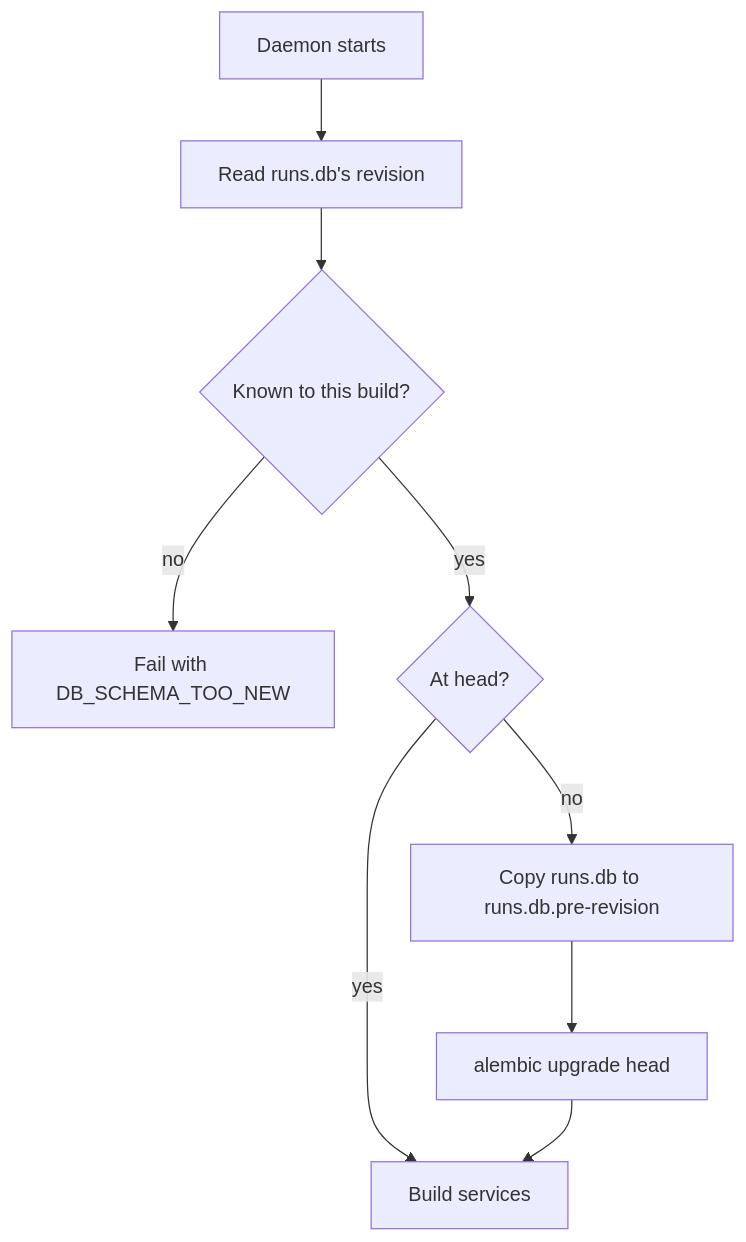
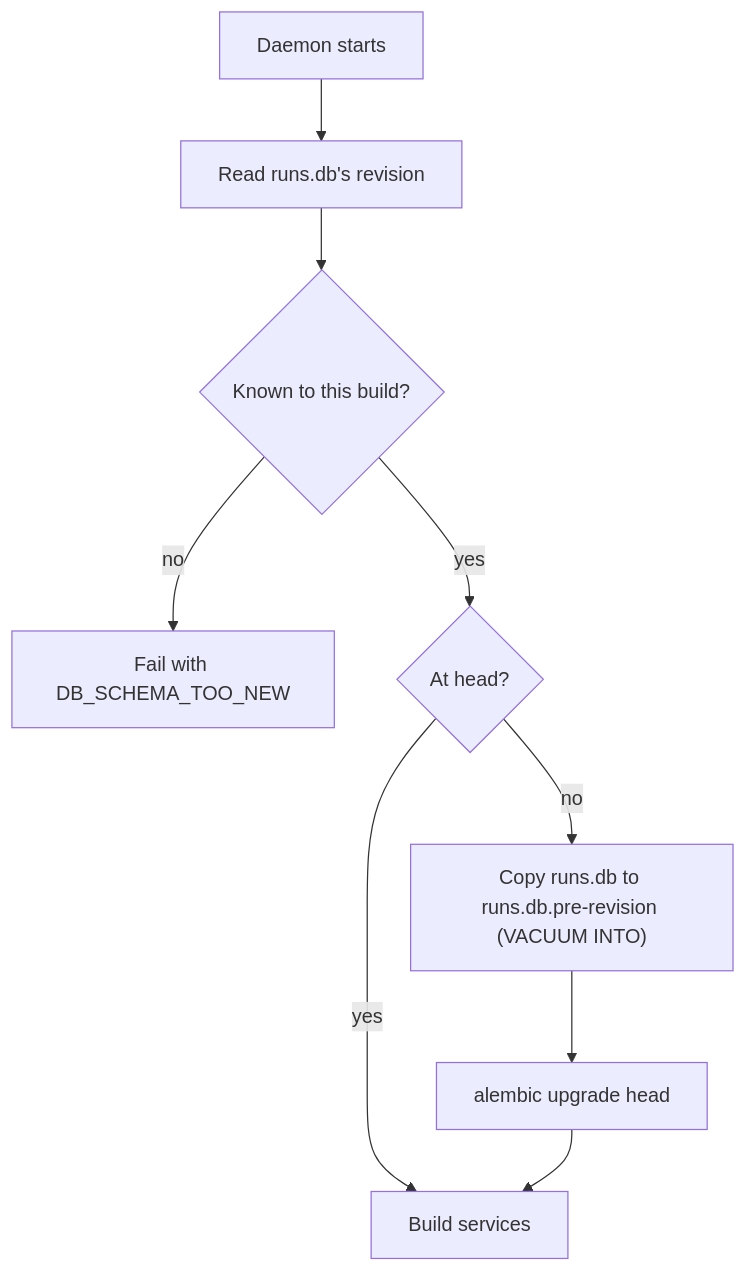
Before and after one commit to wyx-sg/Coffer: the third of 3 diagrams in docs-site/architecture/persistence.md, drawn with Mermaid. The commit also changed other lines of this file and 29 other files, not shown here.

````diff
--- a/docs-site/architecture/persistence.md
+++ b/docs-site/architecture/persistence.md
@@ -200,11 +202,11 @@
 ```mermaid
 flowchart TB
   A["Daemon starts"] --> B["Read runs.db's revision"]
   B --> C{"Known to this build?"}
   C -- no --> X["Fail with DB_SCHEMA_TOO_NEW"]
   C -- yes --> D{"At head?"}
   D -- yes --> G["Build services"]
-  D -- no --> E["Copy runs.db to runs.db.pre-revision"]
+  D -- no --> E["Copy runs.db to runs.db.pre-revision (VACUUM INTO)"]
   E --> F["alembic upgrade head"]
   F --> G
 ```
````
